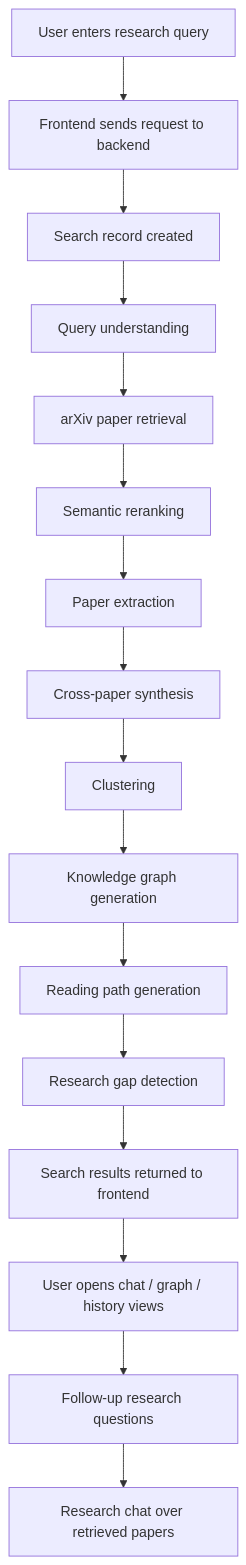
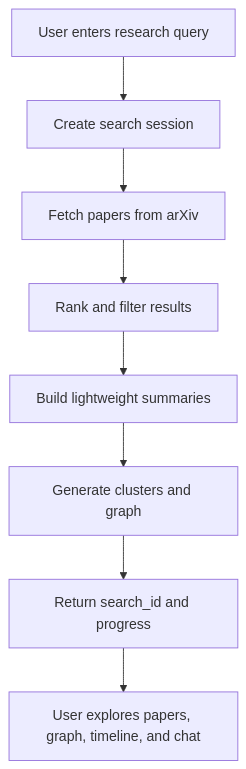
Before and after one commit to jatin-shewale/Research-Copilot: the second of 2 diagrams in README.md, drawn with Mermaid. The commit also changed other lines of this file and 21 other files, not shown here.

````diff
--- a/README.md
+++ b/README.md
@@ -89,18 +56,10 @@
 ```mermaid
 flowchart TD
-    A[User enters research query] --> B[Frontend sends request to backend]
-    B --> C[Search record created]
-    C --> D[Query understanding]
-    D --> E[arXiv paper retrieval]
-    E --> F[Semantic reranking]
-    F --> G[Paper extraction]
-    G --> H[Cross-paper synthesis]
-    H --> I[Clustering]
-    I --> J[Knowledge graph generation]
-    J --> K[Reading path generation]
-    K --> L[Research gap detection]
-    L --> M[Search results returned to frontend]
-    M --> N[User opens chat / graph / history views]
-    N --> O[Follow-up research questions]
-    O --> P[Research chat over retrieved papers]
+    Q[User enters research query] --> P[Create search session]
+    P --> R[Fetch papers from arXiv]
+    R --> S[Rank and filter results]
+    S --> E[Build lightweight summaries]
+    E --> C[Generate clusters and graph]
+    C --> M[Return search_id and progress]
+    M --> T[User explores papers, graph, timeline, and chat]
 ```
````
